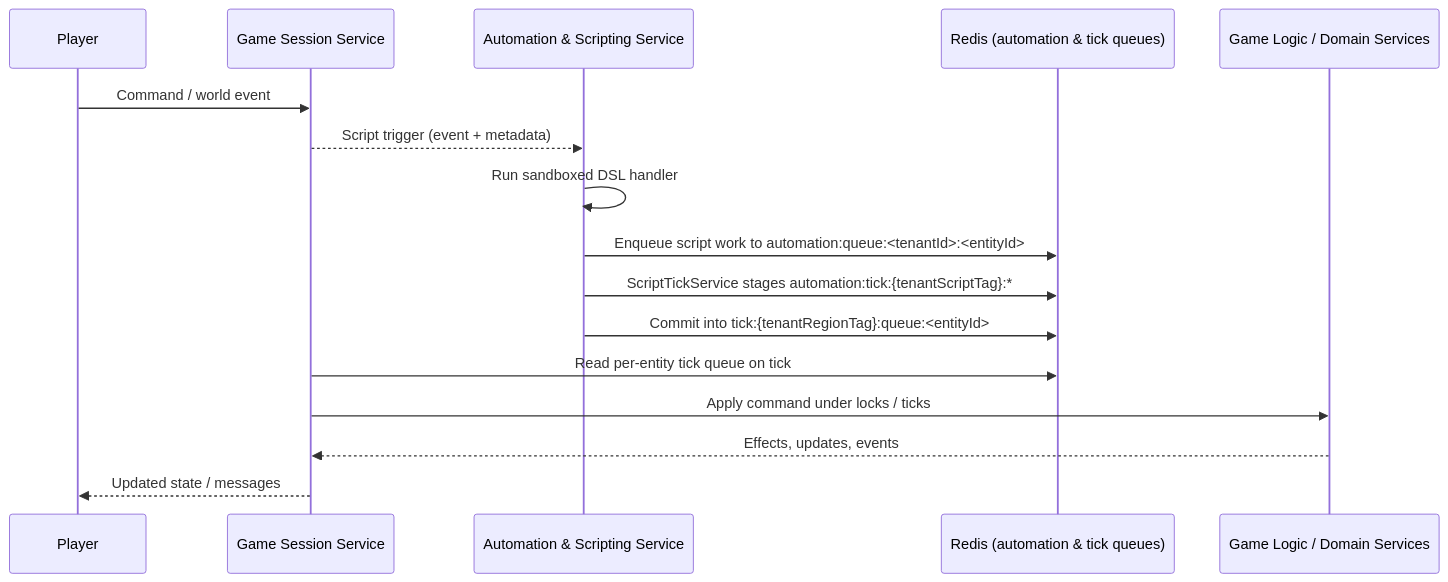
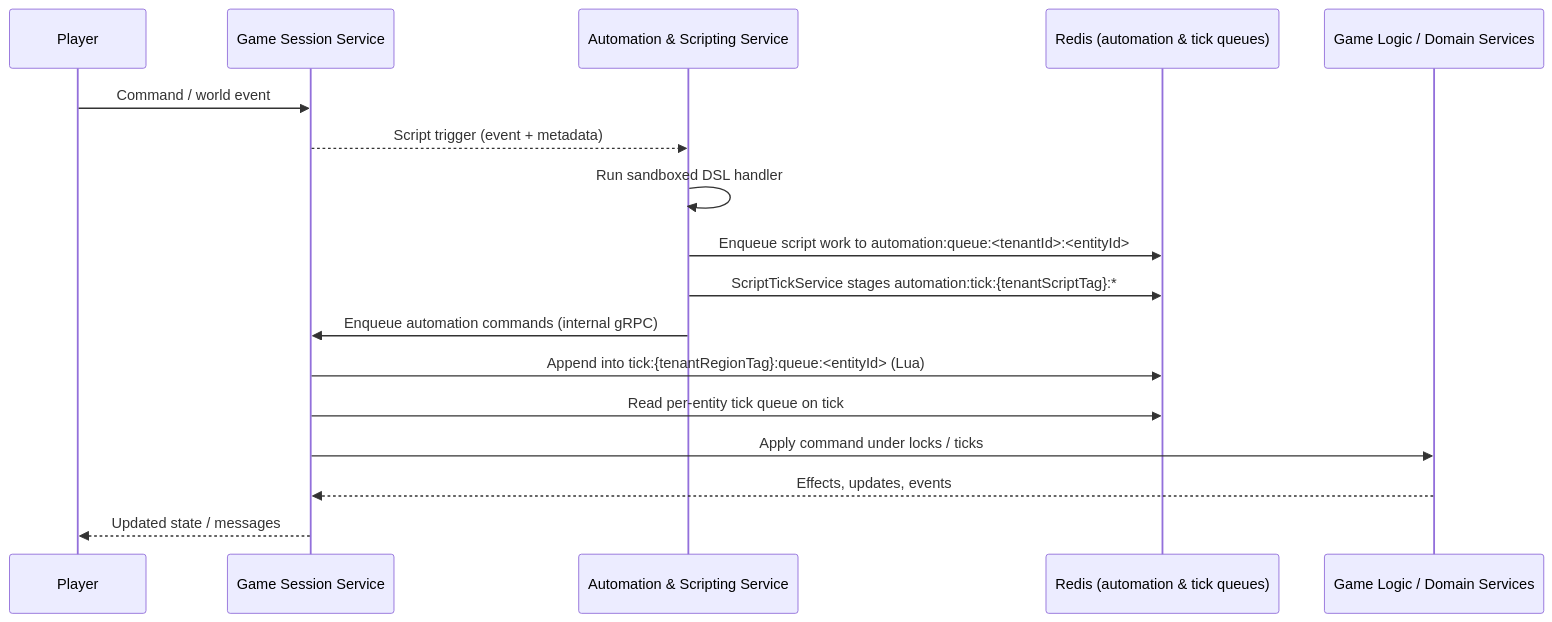
The diagram in design/architecture/system-architecture-scripting.md (benhook1013/FireMUD), drawn with Mermaid before and after one commit. The commit also changed other lines of this file and 67 other files, not shown here.

Commit message:
Update architecture and observability docs

````diff
--- a/design/architecture/system-architecture-scripting.md
+++ b/design/architecture/system-architecture-scripting.md
@@ -151,19 +153,20 @@
 ```mermaid
 sequenceDiagram
     participant Player
     participant GameSession as Game Session Service
     participant Scripting as Automation & Scripting Service
     participant Redis as Redis (automation & tick queues)
     participant GameLogic as Game Logic / Domain Services
 
     Player->>GameSession: Command / world event
     GameSession-->>Scripting: Script trigger (event + metadata)
     Scripting->>Scripting: Run sandboxed DSL handler
     Scripting->>Redis: Enqueue script work to automation:queue:<tenantId>:<entityId>
     Scripting->>Redis: ScriptTickService stages automation:tick:{tenantScriptTag}:*
-    Scripting->>Redis: Commit into tick:{tenantRegionTag}:queue:<entityId>
+    Scripting->>GameSession: Enqueue automation commands (internal gRPC)
+    GameSession->>Redis: Append into tick:{tenantRegionTag}:queue:<entityId> (Lua)
     GameSession->>Redis: Read per-entity tick queue on tick
     GameSession->>GameLogic: Apply command under locks / ticks
     GameLogic-->>GameSession: Effects, updates, events
     GameSession-->>Player: Updated state / messages
 ```
````
